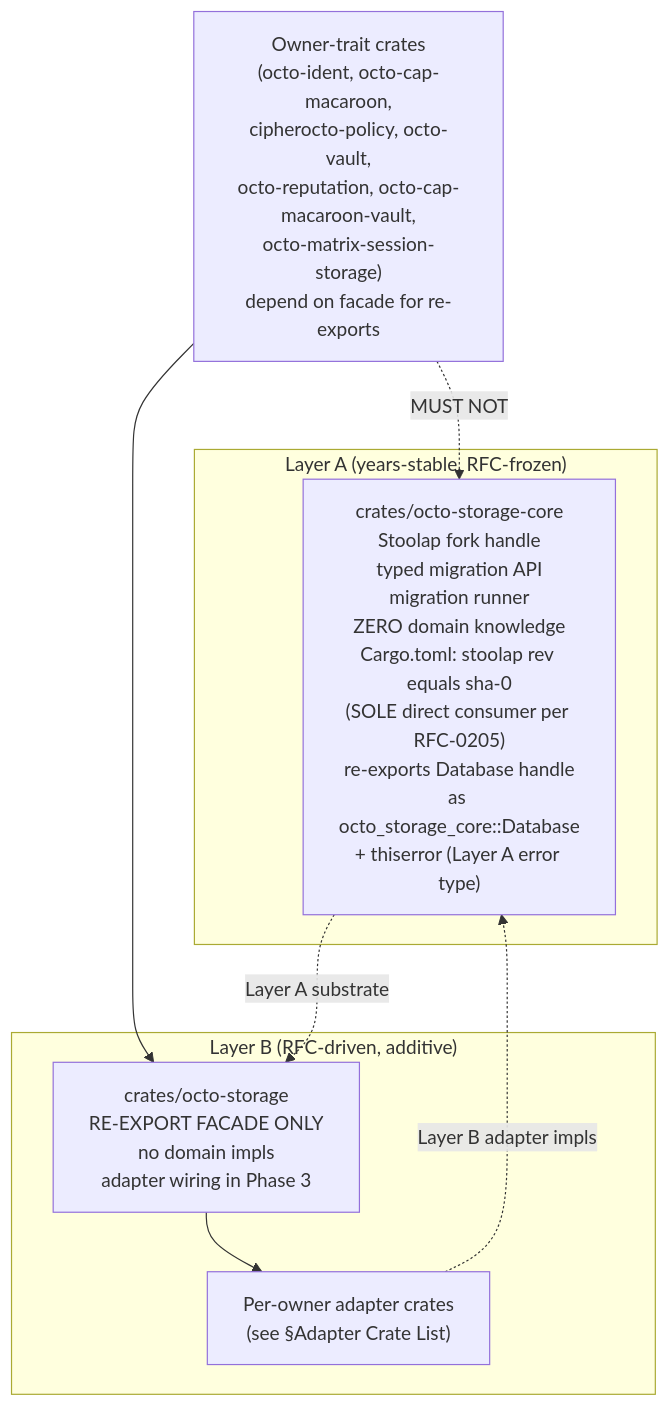
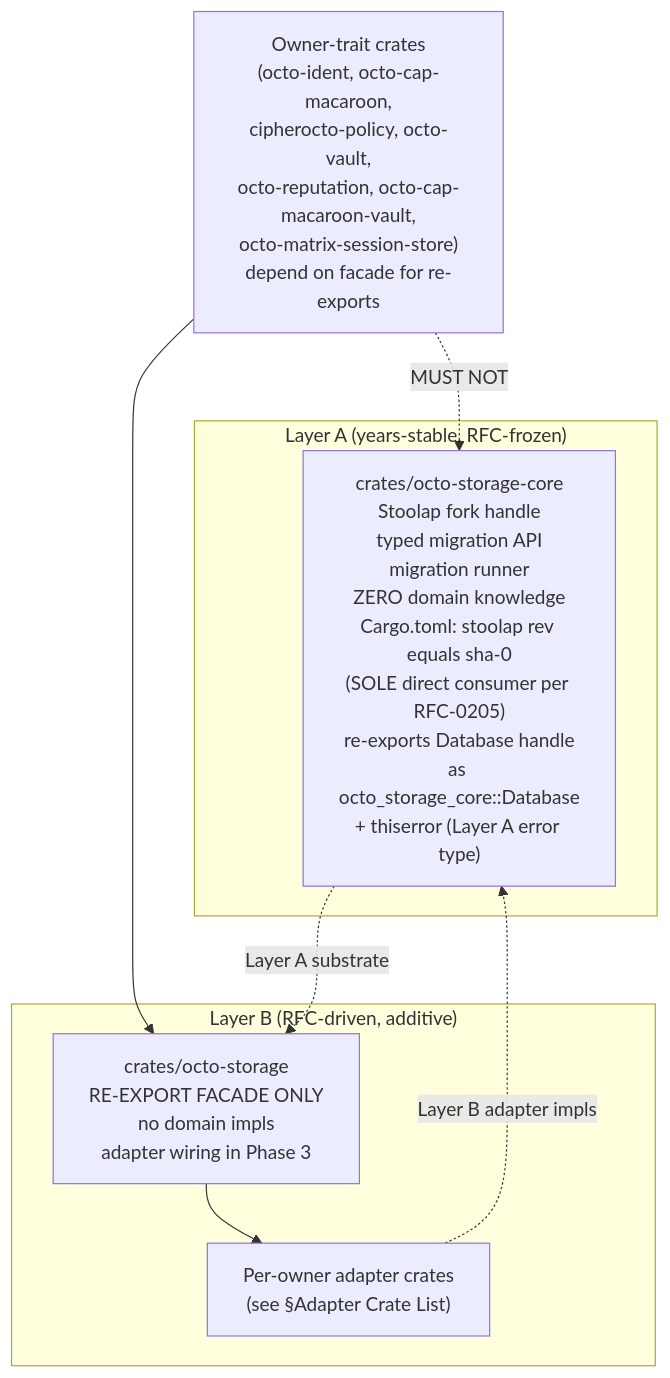
One commit to CipherOcto/cipherocto changed the first of 2 diagrams in rfcs/draft/storage/0206-octo-storage-split.md. Above: the diagram before and after it, drawn with Mermaid. The commit also changed other lines of this file, not shown here.

````diff
--- a/rfcs/draft/storage/0206-octo-storage-split.md
+++ b/rfcs/draft/storage/0206-octo-storage-split.md
@@ -71,15 +71,15 @@
 ```mermaid
 graph TD
     subgraph LayerA["Layer A (years-stable, RFC-frozen)"]
         Core["crates/octo-storage-core<br/>Stoolap fork handle<br/>typed migration API<br/>migration runner<br/>ZERO domain knowledge<br/>Cargo.toml: stoolap rev equals sha-0<br/>(SOLE direct consumer per RFC-0205)<br/>re-exports Database handle<br/>as octo_storage_core::Database<br/>+ thiserror (Layer A error type)"]
     end
     subgraph LayerB["Layer B (RFC-driven, additive)"]
         Facade["crates/octo-storage<br/>RE-EXPORT FACADE ONLY<br/>no domain impls<br/>adapter wiring in Phase 3"]
         Adapters["Per-owner adapter crates<br/>(see §Adapter Crate List)"]
         Facade --> Adapters
     end
-    OwnerCrates["Owner-trait crates<br/>(octo-ident, octo-cap-macaroon,<br/>cipherocto-policy, octo-vault,<br/>octo-reputation, octo-cap-macaroon-vault,<br/>octo-matrix-session-storage)<br/>depend on facade for re-exports"] --> Facade
+    OwnerCrates["Owner-trait crates<br/>(octo-ident, octo-cap-macaroon,<br/>cipherocto-policy, octo-vault,<br/>octo-reputation, octo-cap-macaroon-vault,<br/>octo-matrix-session-store)<br/>depend on facade for re-exports"] --> Facade
     Core -. Layer A substrate .-> Facade
     Adapters -. Layer B adapter impls .-> Core
     OwnerCrates -. MUST NOT .-> Core
 ```
````
